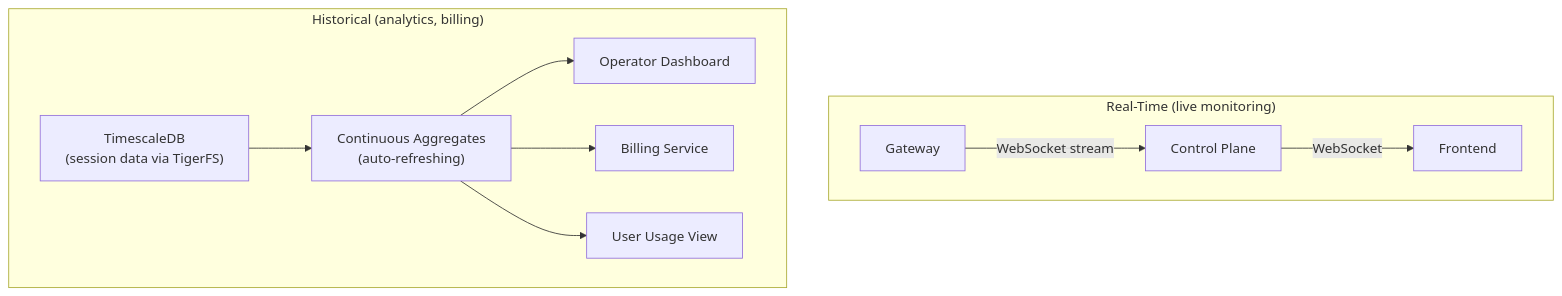
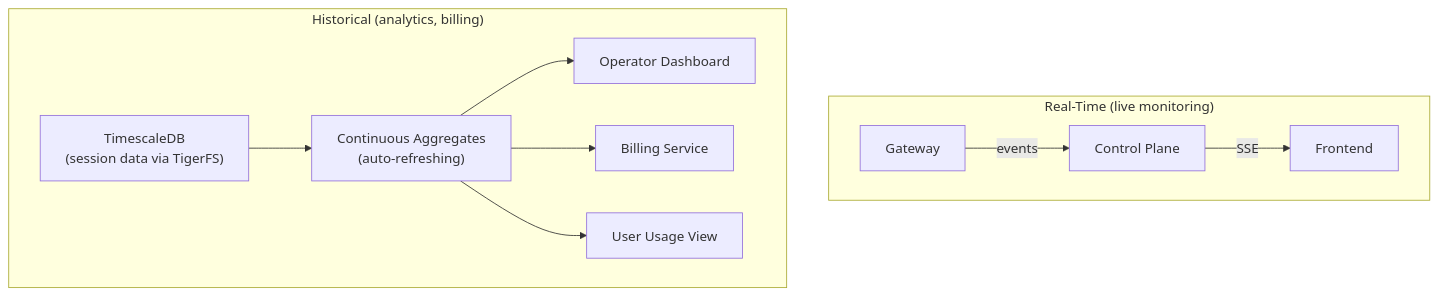
Before and after one commit to 1qh/claw: the diagram in brainstorm/features/observability.md, drawn with Mermaid. The commit also changed other lines of this file and 181 other files, not shown here.

````diff
--- a/brainstorm/features/observability.md
+++ b/brainstorm/features/observability.md
@@ -65,15 +65,15 @@
 ```mermaid
 graph TB
     subgraph "Real-Time (live monitoring)"
-        GW["Gateway"] -->|WebSocket stream| CP["Control Plane"] -->|WebSocket| FE["Frontend"]
+        GW["Gateway"] -->|events| CP["Control Plane"] -->|SSE| FE["Frontend"]
     end
 
     subgraph "Historical (analytics, billing)"
         TSDB["TimescaleDB<br/>(session data via TigerFS)"]
         CA["Continuous Aggregates<br/>(auto-refreshing)"]
         TSDB --> CA
         CA --> DASH["Operator Dashboard"]
         CA --> BILL["Billing Service"]
         CA --> UVIEW["User Usage View"]
     end
 ```
````
